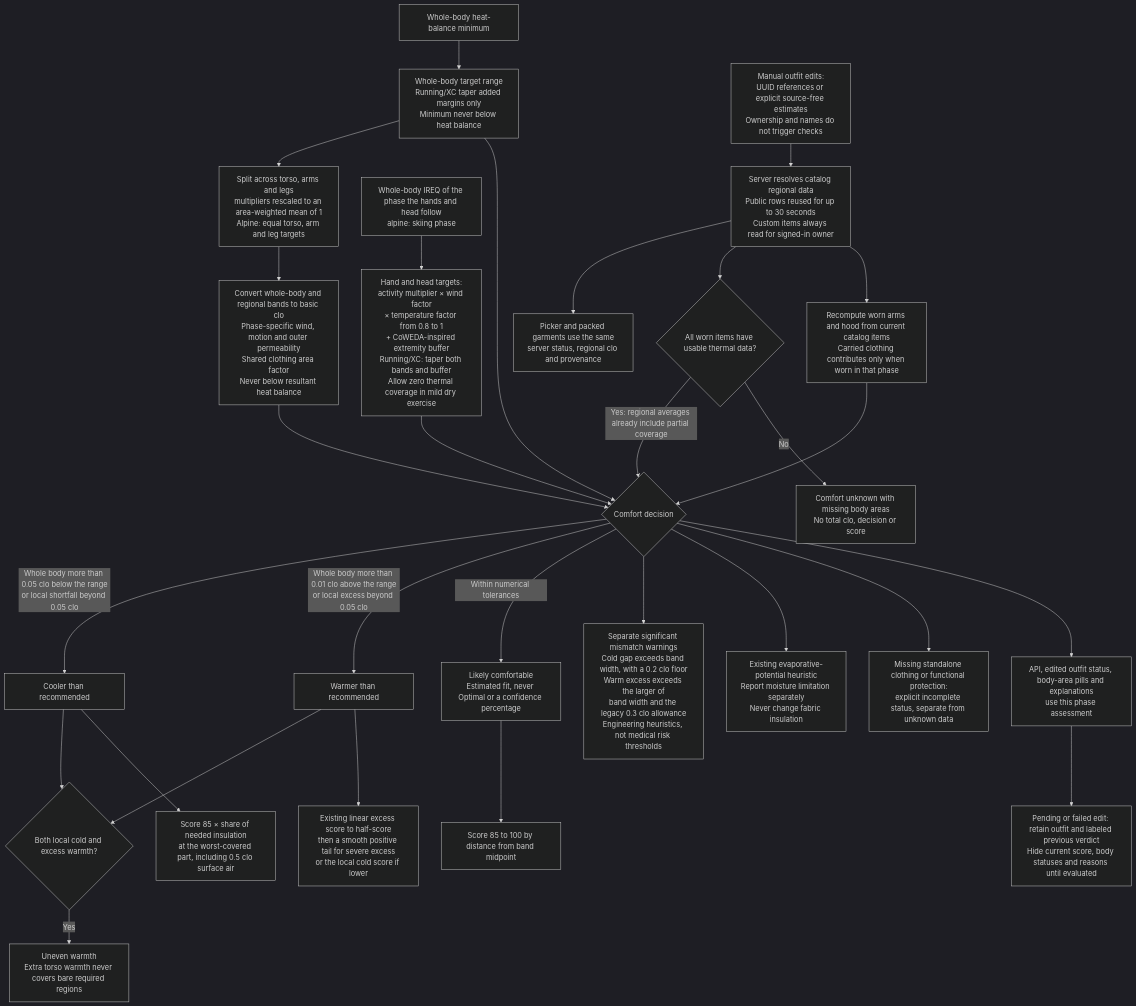
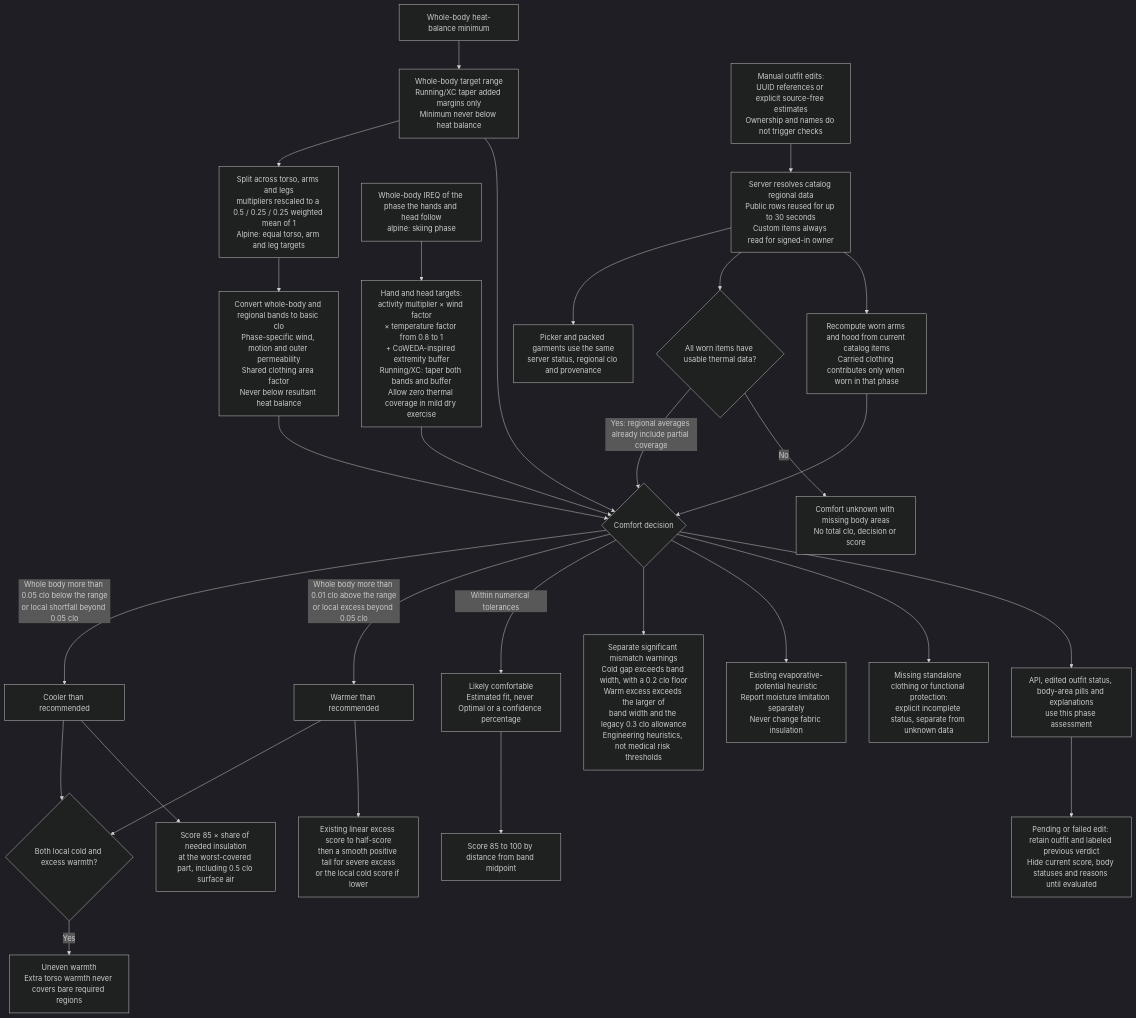
The seventh of 7 diagrams in README.md (derobertsw/swttr), drawn with Mermaid (dark theme) before and after one commit. The commit also changed other lines of this file and 5 other files, not shown here.

````diff
--- a/README.md
+++ b/README.md
@@ -310,33 +316,33 @@
 ```mermaid
 graph TD
     BALANCE[Whole-body heat-balance minimum] --> RANGE[Whole-body target range<br/>Running/XC taper added margins only<br/>Minimum never below heat balance]
-    RANGE --> SPLIT[Split across torso, arms and legs<br/>multipliers rescaled to an area-weighted mean of 1<br/>Alpine: equal torso, arm and leg targets]
+    RANGE --> SPLIT[Split across torso, arms and legs<br/>multipliers rescaled to a 0.5 / 0.25 / 0.25 weighted mean of 1<br/>Alpine: equal torso, arm and leg targets]
     SPLIT --> REG[Convert whole-body and regional bands to basic clo<br/>Phase-specific wind, motion and outer permeability<br/>Shared clothing area factor<br/>Never below resultant heat balance]
     PIREQ[Whole-body IREQ of the phase the hands and head follow<br/>alpine: skiing phase] --> EXT[Hand and head targets:<br/>activity multiplier × wind factor<br/>× temperature factor from 0.8 to 1<br/>+ CoWEDA-inspired extremity buffer<br/>Running/XC: taper both bands and buffer<br/>Allow zero thermal coverage in mild dry exercise]
 
     RANGE --> DEC{Comfort decision}
     REG --> DEC
     EXT --> DEC
     EDIT[Manual outfit edits:<br/>UUID references or explicit source-free estimates<br/>Ownership and names do not trigger checks] --> LOOKUP[Server resolves catalog regional data<br/>Public rows reused for up to 30 seconds<br/>Custom items always read for signed-in owner]
     LOOKUP --> PICKER[Picker and packed garments use the same<br/>server status, regional clo and provenance]
     LOOKUP --> KNOWN{All worn items have usable thermal data?}
     KNOWN -->|Yes: regional averages already include partial coverage| DEC
     KNOWN -->|No| UNKNOWN[Comfort unknown with missing body areas<br/>No total clo, decision or score]
     DEC -->|Whole body more than 0.05 clo below the range<br/>or local shortfall beyond 0.05 clo| COLD[Cooler than recommended]
     DEC -->|Whole body more than 0.01 clo above the range<br/>or local excess beyond 0.05 clo| HOT[Warmer than recommended]
     COLD --> MIX{Both local cold and excess warmth?}
     HOT --> MIX
     MIX -->|Yes| UNEVEN[Uneven warmth<br/>Extra torso warmth never covers bare required regions]
     DEC -->|Within numerical tolerances| OK[Likely comfortable<br/>Estimated fit, never Optimal or a confidence percentage]
     DEC --> WARN[Separate significant mismatch warnings<br/>Cold gap exceeds band width, with a 0.2 clo floor<br/>Warm excess exceeds the larger of<br/>band width and the legacy 0.3 clo allowance<br/>Engineering heuristics, not medical risk thresholds]
     DEC --> MOISTURE[Existing evaporative-potential heuristic<br/>Report moisture limitation separately<br/>Never change fabric insulation]
     OK --> S1[Score 85 to 100 by distance from band midpoint]
     COLD --> S2[Score 85 × share of needed insulation<br/>at the worst-covered part, including 0.5 clo surface air]
     HOT --> S3[Existing linear excess score to half-score<br/>then a smooth positive tail for severe excess<br/>or the local cold score if lower]
     LOOKUP --> ACTUAL[Recompute worn arms and hood from current catalog items<br/>Carried clothing contributes only when worn in that phase]
     ACTUAL --> DEC
     DEC --> GAP[Missing standalone clothing or functional protection:<br/>explicit incomplete status, separate from unknown data]
     DEC --> UI[API, edited outfit status, body-area pills and explanations<br/>use this phase assessment]
     UI --> STALE[Pending or failed edit: retain outfit and labeled previous verdict<br/>Hide current score, body statuses and reasons until evaluated]
 
 ```
````
